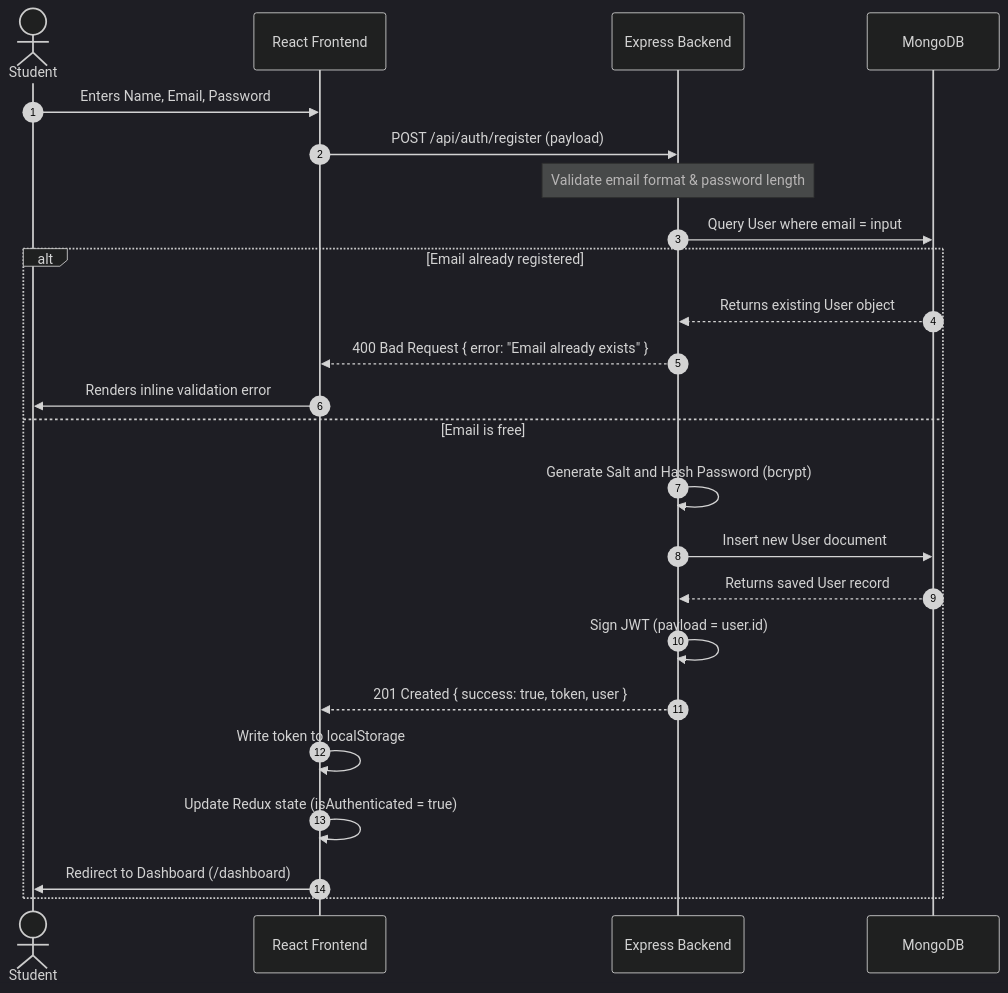
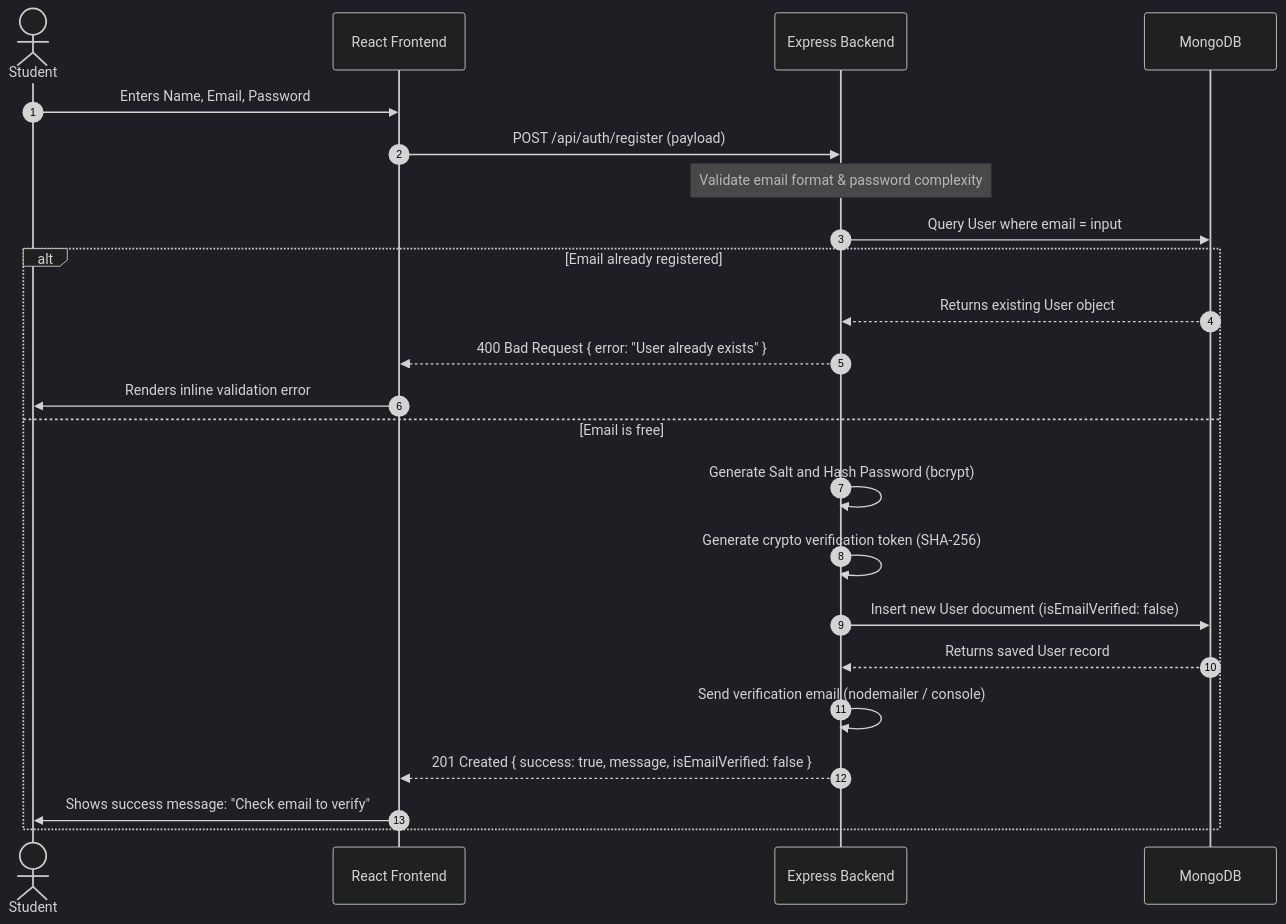
Before and after one commit to DhruvOzha85/OpenPrep-AI: the first of 5 diagrams in docs/authentication-flow.md, drawn with Mermaid (dark theme). The commit also changed other lines of this file and 21 other files, not shown here.

````diff
--- a/docs/authentication-flow.md
+++ b/docs/authentication-flow.md
@@ -28,27 +37,26 @@
 ```mermaid
 sequenceDiagram
     autonumber
     actor Student
     participant React as React Frontend
     participant Express as Express Backend
     participant DB as MongoDB
     
     Student->>React: Enters Name, Email, Password
     React->>Express: POST /api/auth/register (payload)
-    Note over Express: Validate email format & password length
+    Note over Express: Validate email format & password complexity
     Express->>DB: Query User where email = input
     alt Email already registered
         DB-->>Express: Returns existing User object
-        Express-->>React: 400 Bad Request { error: "Email already exists" }
+        Express-->>React: 400 Bad Request { error: "User already exists" }
         React->>Student: Renders inline validation error
     else Email is free
         Express->>Express: Generate Salt and Hash Password (bcrypt)
-        Express->>DB: Insert new User document
+        Express->>Express: Generate crypto verification token (SHA-256)
+        Express->>DB: Insert new User document (isEmailVerified: false)
         DB-->>Express: Returns saved User record
-        Express->>Express: Sign JWT (payload = user.id)
-        Express-->>React: 201 Created { success: true, token, user }
-        React->>React: Write token to localStorage
-        React->>React: Update Redux state (isAuthenticated = true)
-        React->>Student: Redirect to Dashboard (/dashboard)
+        Express->>Express: Send verification email (nodemailer / console)
+        Express-->>React: 201 Created { success: true, message, isEmailVerified: false }
+        React->>Student: Shows success message: "Check email to verify"
     end
 ```
````
